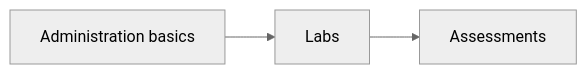
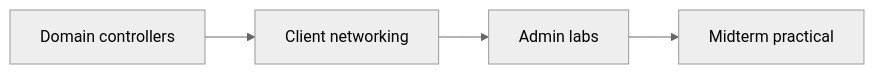
The diagram in README.md (Jkbarros/ia244-administration-computer-systems), drawn with Mermaid (neutral theme) before and after one commit. The commit also changed other lines of this file and 39 other files, not shown here.

````diff
--- a/README.md
+++ b/README.md
@@ -23,7 +31,8 @@
 ```mermaid
 flowchart LR
-  A[Administration basics]
-  L[Labs]
-  E[Assessments]
-  A --> L --> E
+  DC[Domain controllers]
+  C[Client networking]
+  L[Admin labs]
+  M[Midterm practical]
+  DC --> C --> L --> M
 ```
````
